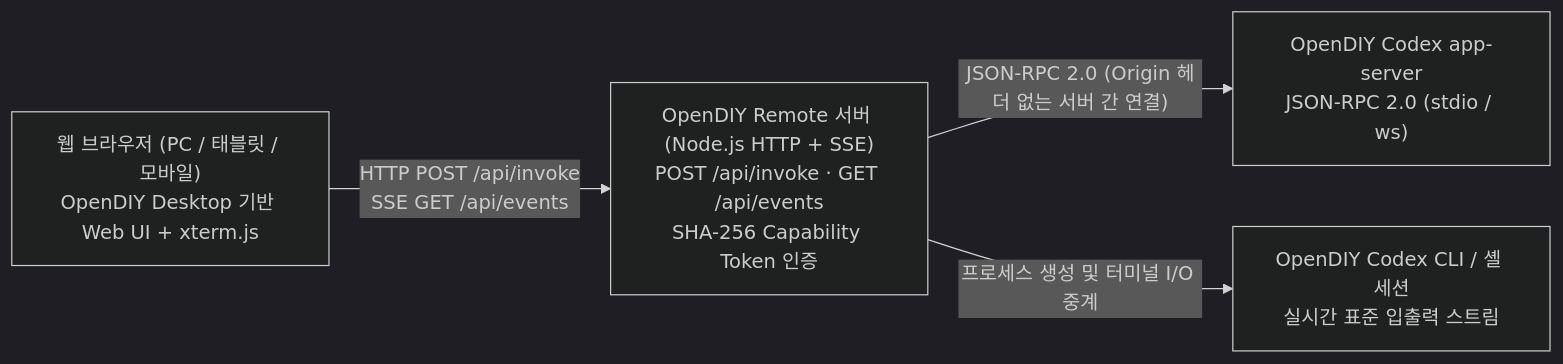
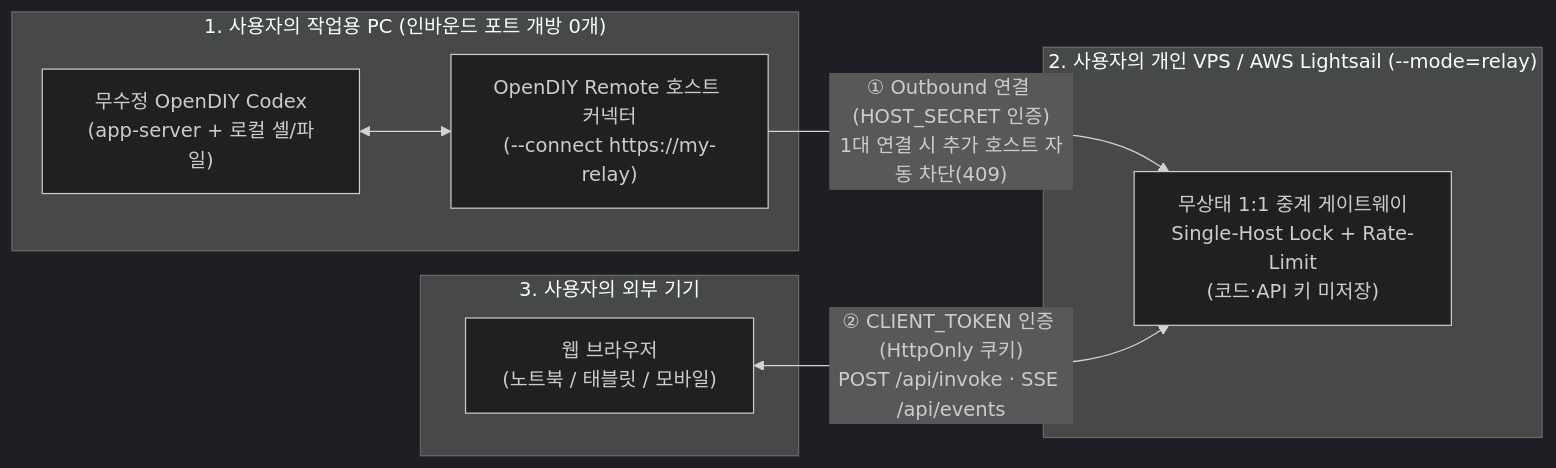
One commit to jaeseongs95/Arcvera-Connect changed the diagram in README.ko.md. Above: the diagram before and after it, drawn with Mermaid (dark theme). The commit also changed other lines of this file and 5 other files, not shown here.

Commit message:
feat(relay): add security-first 1:1 self-hosted relay & host connector and resolve UI RPC contracts

````diff
--- a/README.ko.md
+++ b/README.ko.md
@@ -15,11 +17,19 @@
 ```mermaid
 flowchart LR
-  Browser["웹 브라우저 (PC / 태블릿 / 모바일)<br/>OpenDIY Desktop 기반 Web UI + xterm.js"]
-  Gateway["OpenDIY Remote 서버 (Node.js HTTP + SSE)<br/>POST /api/invoke · GET /api/events<br/>SHA-256 Capability Token 인증"]
-  AppServer["OpenDIY Codex app-server<br/>JSON-RPC 2.0 (stdio / ws)"]
-  CLI["OpenDIY Codex CLI / 셸 세션<br/>실시간 표준 입출력 스트림"]
+  subgraph LocalPC["1. 사용자의 작업용 PC (인바운드 포트 개방 0개)"]
+    Codex["무수정 OpenDIY Codex<br/>(app-server + 로컬 셸/파일)"]
+    Connector["OpenDIY Remote 호스트 커넥터<br/>(--connect https://my-relay)"]
+    Codex <--> Connector
+  end
 
-  Browser -- "HTTP POST /api/invoke<br/>SSE GET /api/events" --> Gateway
-  Gateway -- "JSON-RPC 2.0 (Origin 헤더 없는 서버 간 연결)" --> AppServer
-  Gateway -- "프로세스 생성 및 터미널 I/O 중계" --> CLI
+  subgraph VPS["2. 사용자의 개인 VPS / AWS Lightsail (--mode=relay)"]
+    Relay["무상태 1:1 중계 게이트웨이<br/>Single-Host Lock + Rate-Limit<br/>(코드·API 키 미저장)"]
+  end
+
+  subgraph Client["3. 사용자의 외부 기기"]
+    Browser["웹 브라우저<br/>(노트북 / 태블릿 / 모바일)"]
+  end
+
+  Connector -- "① Outbound 연결 (HOST_SECRET 인증)<br/>1대 연결 시 추가 호스트 자동 차단(409)" --> Relay
+  Browser <-->|"② CLIENT_TOKEN 인증 (HttpOnly 쿠키)<br/>POST /api/invoke · SSE /api/events"| Relay
 ```
````
